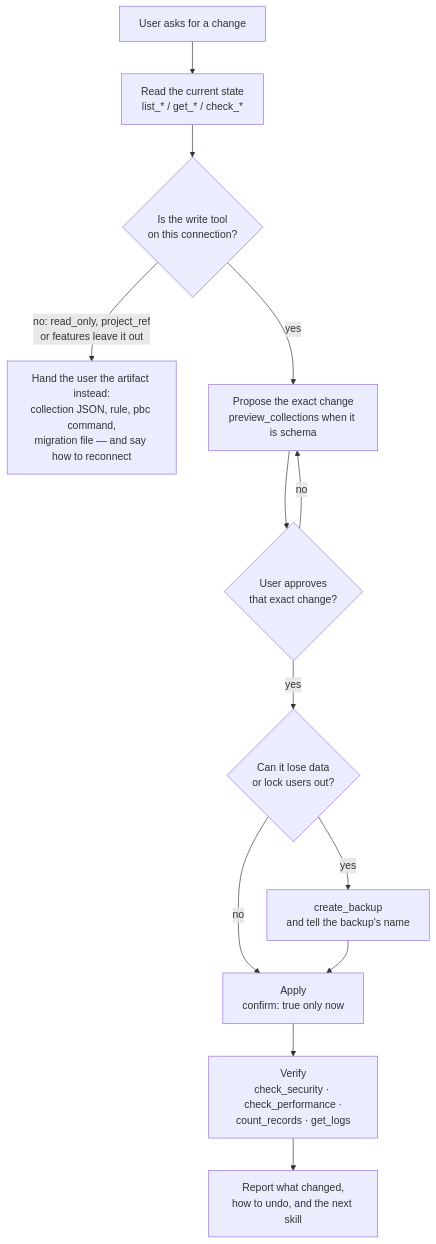
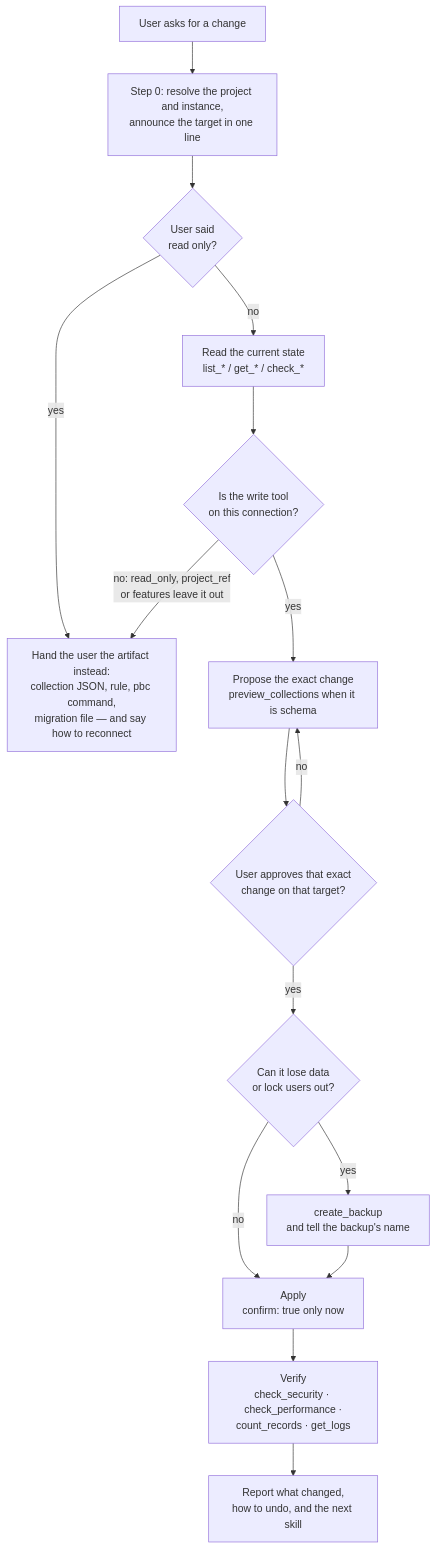
One commit to pocketbasecloud/mcp changed the third of 8 diagrams in docs/skill-design/use-cases.md. Above: the diagram before and after it, drawn with Mermaid. The commit also changed other lines of this file and 4 other files, not shown here.

First line of the commit message:
Skill design: research on other platforms' skills, and the roadmap it shapes

````diff
--- a/docs/skill-design/use-cases.md
+++ b/docs/skill-design/use-cases.md
@@ -150,15 +152,18 @@
 ```mermaid
 flowchart TD
-  ask["User asks for a change"] --> read["Read the current state<br/>list_* / get_* / check_*"]
+  ask["User asks for a change"] --> target["Step 0: resolve the project and instance,<br/>announce the target in one line"]
+  target --> ro{"User said<br/>read only?"}
+  ro -->|yes| hand
+  ro -->|no| read["Read the current state<br/>list_* / get_* / check_*"]
   read --> tool{"Is the write tool<br/>on this connection?"}
   tool -->|"no: read_only, project_ref<br/>or features leave it out"| hand["Hand the user the artifact instead:<br/>collection JSON, rule, pbc command,<br/>migration file — and say how to reconnect"]
   tool -->|yes| plan["Propose the exact change<br/>preview_collections when it is schema"]
-  plan --> ok{"User approves<br/>that exact change?"}
+  plan --> ok{"User approves that exact<br/>change on that target?"}
   ok -->|no| plan
   ok -->|yes| risky{"Can it lose data<br/>or lock users out?"}
   risky -->|yes| backup["create_backup<br/>and tell the backup's name"]
   risky -->|no| apply
   backup --> apply["Apply<br/>confirm: true only now"]
   apply --> verify["Verify<br/>check_security · check_performance ·<br/>count_records · get_logs"]
   verify --> next["Report what changed,<br/>how to undo, and the next skill"]
 ```
````
